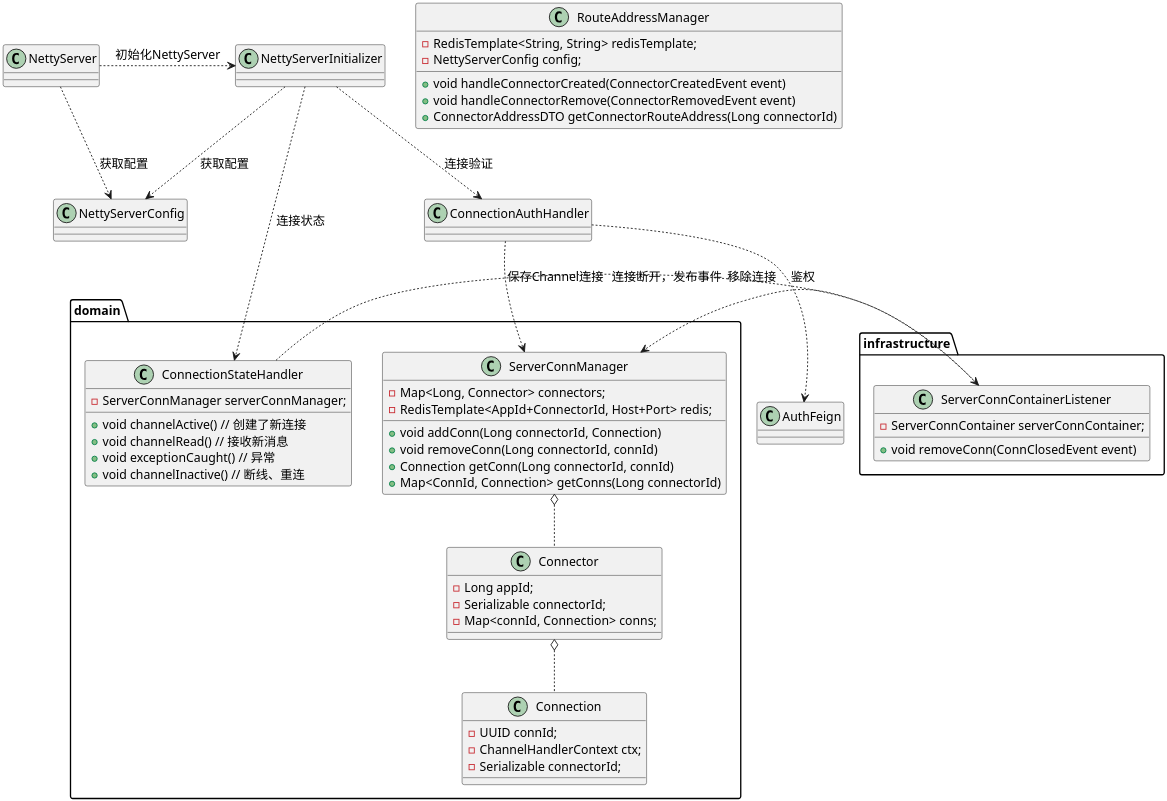
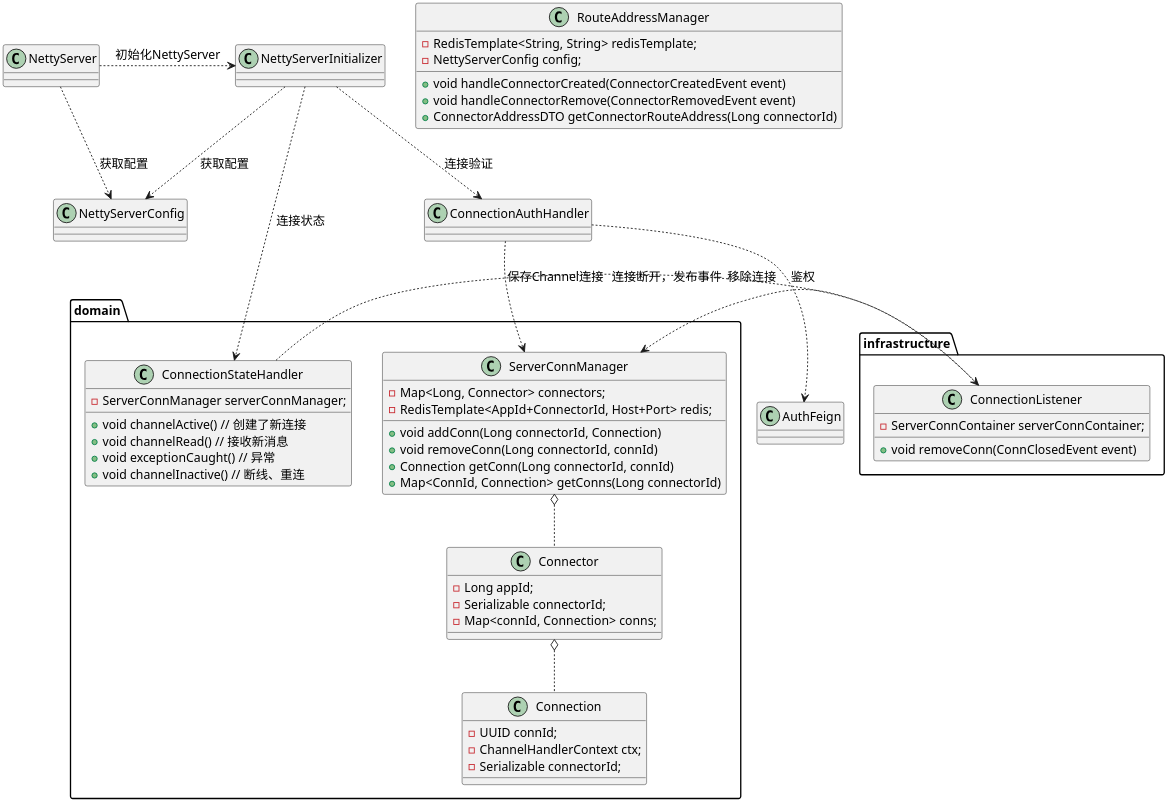
One commit to Etherealss/MessagePusher changed the diagram in uml/connect/连接/Netty连接保存类图.puml. Above: the diagram before and after it, drawn with PlantUML. The commit also changed 10 other files, not shown here.

```diff
--- a/uml/connect/连接/Netty连接保存类图.puml
+++ b/uml/connect/连接/Netty连接保存类图.puml
@@ -1,76 +1,76 @@
 @startuml
 'https://plantuml.com/class-diagram
 skinparam shadowing false
 skinparam defaultFontName xfonts-wqy
 skinparam dpi 300
 skinparam activity  {
     DiamondFontSize 14
     ArrowFontSize 14
     FontSize 14
 }
 
 package infrastructure {
 
-    class ServerConnContainerListener {
+    class ConnectionListener {
         - ServerConnContainer serverConnContainer;
         + void removeConn(ConnClosedEvent event)
     }
 }
 
 package domain {
     class ServerConnManager {
         - Map<Long, Connector> connectors;
         - RedisTemplate<AppId+ConnectorId, Host+Port> redis;
         + void addConn(Long connectorId, Connection)
         + void removeConn(Long connectorId, connId)
         + Connection getConn(Long connectorId, connId)
         + Map<ConnId, Connection> getConns(Long connectorId)
     }
 
     class Connector {
         - Long appId;
         - Serializable connectorId;
         - Map<connId, Connection> conns;
     }
 
     class Connection {
         - UUID connId;
         - ChannelHandlerContext ctx;
         - Serializable connectorId;
     }
 
     class ConnectionStateHandler {
         - ServerConnManager serverConnManager;
         + void channelActive() // 创建了新连接
         + void channelRead() // 接收新消息
         + void exceptionCaught() // 异常
         + void channelInactive() // 断线、重连
     }
 }
 
 
 ConnectionAuthHandler ..> AuthFeign: 鉴权
 
 NettyServer .> NettyServerInitializer : 初始化NettyServer
 NettyServer .> NettyServerConfig: 获取配置
 NettyServerInitializer ..> NettyServerConfig: 获取配置
 NettyServerInitializer .> ConnectionStateHandler: 连接状态
 NettyServerInitializer ..> ConnectionAuthHandler: 连接验证
 
 
 ConnectionAuthHandler ..> ServerConnManager: 保存Channel连接
 ServerConnManager o.. Connector
 Connector o.. Connection
 
 
-ConnectionStateHandler ..> ServerConnContainerListener: 连接断开，发布事件
-ServerConnContainerListener .> ServerConnManager: 移除连接
+ConnectionStateHandler ..> ConnectionListener: 连接断开，发布事件
+ConnectionListener .> ServerConnManager: 移除连接
 
 class RouteAddressManager {
     - RedisTemplate<String, String> redisTemplate;
     - NettyServerConfig config;
     + void handleConnectorCreated(ConnectorCreatedEvent event)
     + void handleConnectorRemove(ConnectorRemovedEvent event)
     + ConnectorAddressDTO getConnectorRouteAddress(Long connectorId)
 }
 @enduml
```
